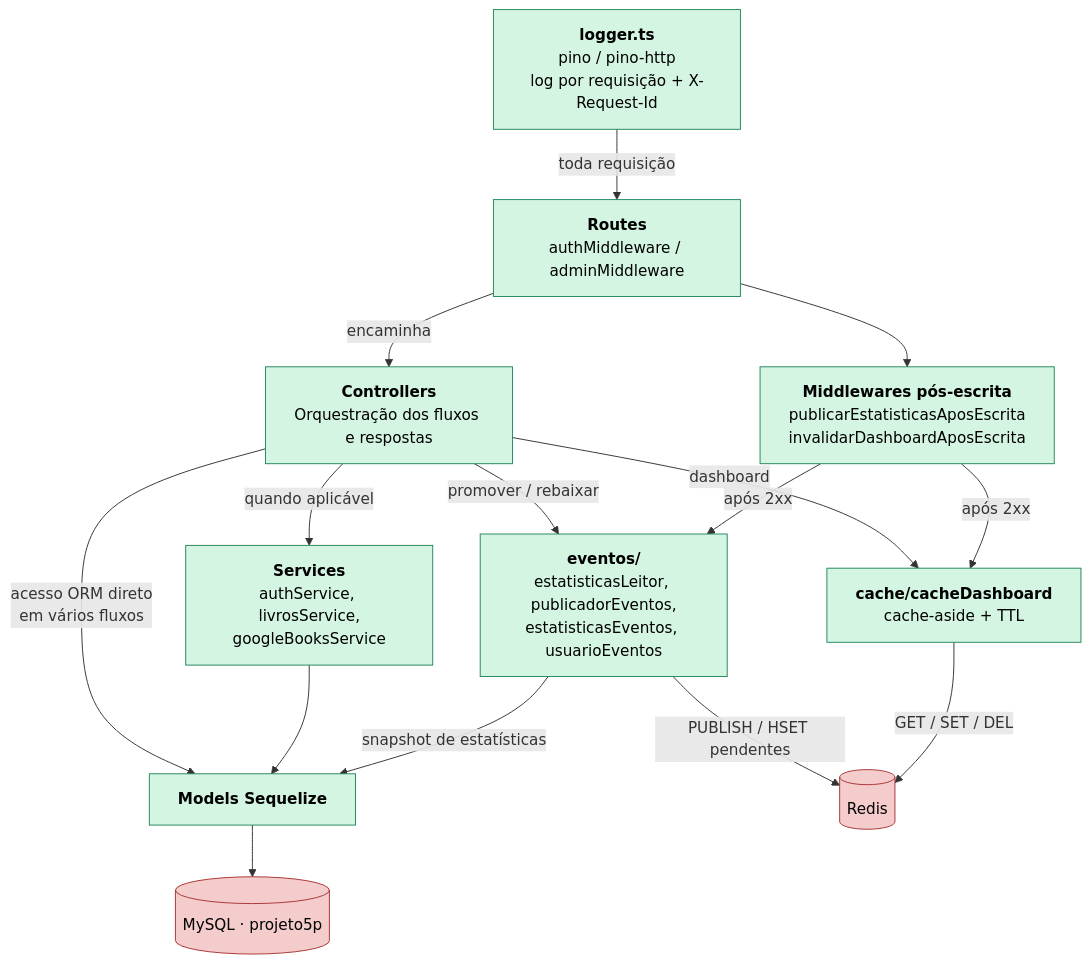
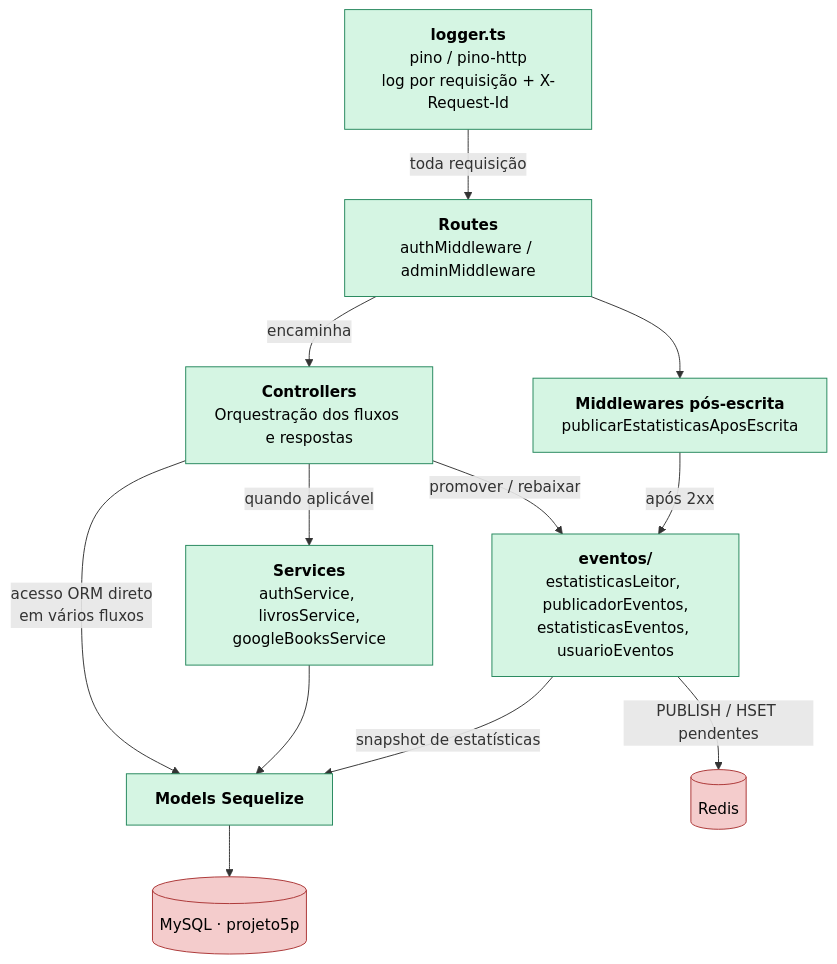
The diagram in docs/diagramas/c4-componentes-backend.md (Emanuelymanu/bibliotecaDocker), drawn with Mermaid before and after one commit. The commit also changed 23 other files, not shown here.

````diff
--- a/docs/diagramas/c4-componentes-backend.md
+++ b/docs/diagramas/c4-componentes-backend.md
@@ -3,33 +3,29 @@
 ```mermaid
 flowchart TB
     logger["<b>logger.ts</b><br/>pino / pino-http<br/>log por requisição + X-Request-Id"]
     routes["<b>Routes</b><br/>authMiddleware / adminMiddleware"]
-    mw["<b>Middlewares pós-escrita</b><br/>publicarEstatisticasAposEscrita<br/>invalidarDashboardAposEscrita"]
+    mw["<b>Middlewares pós-escrita</b><br/>publicarEstatisticasAposEscrita"]
     controllers["<b>Controllers</b><br/>Orquestração dos fluxos e respostas"]
     services["<b>Services</b><br/>authService, livrosService,<br/>googleBooksService"]
     eventos["<b>eventos/</b><br/>estatisticasLeitor, publicadorEventos,<br/>estatisticasEventos, usuarioEventos"]
-    cache["<b>cache/cacheDashboard</b><br/>cache-aside + TTL"]
     models["<b>Models Sequelize</b>"]
     mysql[("MySQL · projeto5p")]
     redis[("Redis")]
 
     logger -- "toda requisição" --> routes
     routes --> mw
     routes -- encaminha --> controllers
     controllers -- "quando aplicável" --> services
     controllers -- "acesso ORM direto<br/>em vários fluxos" --> models
-    controllers -- dashboard --> cache
     controllers -- "promover / rebaixar" --> eventos
     mw -- "após 2xx" --> eventos
-    mw -- "após 2xx" --> cache
     services --> models
     eventos -- "snapshot de estatísticas" --> models
     models --> mysql
     eventos -- "PUBLISH / HSET pendentes" --> redis
-    cache -- "GET / SET / DEL" --> redis
 
     classDef comp fill:#d5f5e3,stroke:#23865b,color:#000
     classDef dados fill:#f4cccc,stroke:#aa3333,color:#000
-    class logger,routes,mw,controllers,services,eventos,cache,models comp
+    class logger,routes,mw,controllers,services,eventos,models comp
     class mysql,redis dados
 ```
````
